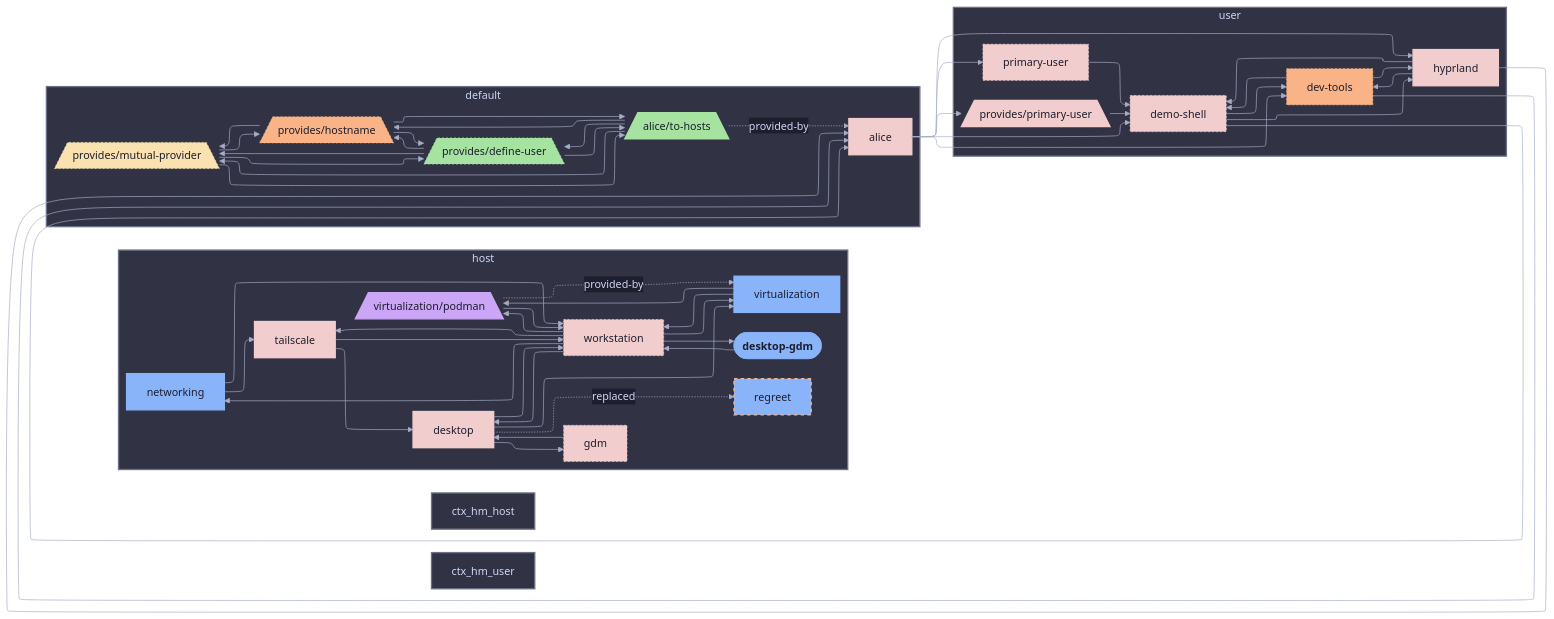
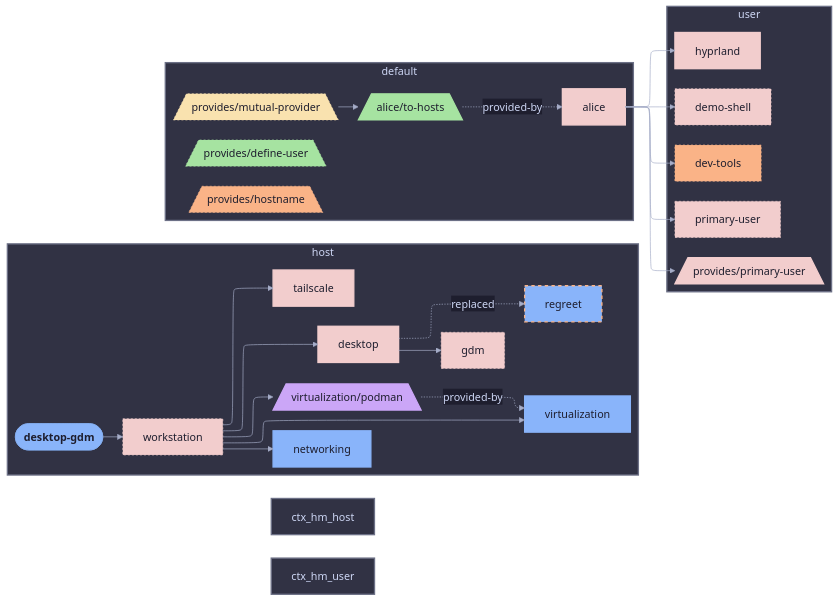
The diagram in templates/diag-fx-demo/diagrams/desktop-gdm-has-aspect-hm.md (sini/den), drawn with Mermaid before and after one commit. The commit also changed 849 other files, not shown here.

Commit message:
chore: update fx diagrams

```diff
--- a/templates/diag-fx-demo/diagrams/desktop-gdm-has-aspect-hm.md
+++ b/templates/diag-fx-demo/diagrams/desktop-gdm-has-aspect-hm.md
@@ -17,20 +17,9 @@
   virtualization["virtualization"]:::virtualization_c
   workstation["workstation"]:::workstation_c
   desktop --> gdm
-  desktop --> workstation
   desktop -.->|replaced| regreet
-  desktop --> virtualization
   desktop_gdm --> workstation
-  gdm --> desktop
-  networking --> workstation
-  tailscale --> workstation
-  virtualization --> workstation
-  virtualization__podman --> workstation
-  networking --> tailscale
-  tailscale --> desktop
-  virtualization --> virtualization__podman
   workstation --> desktop
-  workstation --> desktop_gdm
   workstation --> networking
   workstation --> virtualization__podman
   workstation --> tailscale
@@ -42,18 +31,7 @@
   den__provides__hostname[/"provides/hostname"\]:::den__provides__hostname_c
   den__provides__mutual_provider[/"provides/mutual-provider"\]:::den__provides__mutual_provider_c
   alice__to_hosts[/"alice/to-hosts"\]:::alice__to_hosts_c
-  alice__to_hosts --> den__provides__define_user
-  alice__to_hosts --> den__provides__hostname
-  alice__to_hosts --> den__provides__mutual_provider
-  den__provides__mutual_provider --> den__provides__define_user
-  den__provides__mutual_provider --> den__provides__hostname
   den__provides__mutual_provider --> alice__to_hosts
-  den__provides__hostname --> den__provides__define_user
-  den__provides__define_user --> den__provides__hostname
-  den__provides__define_user --> den__provides__mutual_provider
-  den__provides__hostname --> den__provides__mutual_provider
-  den__provides__define_user --> alice__to_hosts
-  den__provides__hostname --> alice__to_hosts
   alice__to_hosts -.->|provided-by| alice
   end
   subgraph ctx_user["user"]
@@ -68,17 +46,6 @@
   alice --> hyprland
   alice --> primary_user
   alice --> den__provides__primary_user
-  demo_shell --> hyprland
-  demo_shell --> alice
-  demo_shell --> dev_tools
-  den__provides__primary_user --> demo_shell
-  dev_tools --> alice
-  dev_tools --> demo_shell
-  dev_tools --> hyprland
-  hyprland --> dev_tools
-  hyprland --> alice
-  hyprland --> demo_shell
-  primary_user --> demo_shell
   end
 
 
@@ -87,7 +54,7 @@
   classDef den__provides__define_user_c fill:#a6e3a1,stroke:#a6e3a1,color:#1e1e2e,stroke-dasharray: 3 3,stroke-width:1px
   classDef demo_shell_c fill:#f2cdcd,stroke:#f2cdcd,color:#1e1e2e,stroke-dasharray: 3 3,stroke-width:1px
   classDef desktop_c fill:#f2cdcd,stroke:#f2cdcd,color:#1e1e2e,stroke-width:2px
-  classDef desktop_gdm_c fill:#f2cdcd,stroke:#f2cdcd,color:#1e1e2e,stroke-width:3px
+  classDef desktop_gdm_c fill:#f2cdcd,stroke:#f2cdcd,color:#1e1e2e,stroke-width:2px
   classDef dev_tools_c fill:#fab387,stroke:#fab387,color:#1e1e2e,stroke-dasharray: 3 3,stroke-width:1px
   classDef gdm_c fill:#f2cdcd,stroke:#f2cdcd,color:#1e1e2e,stroke-dasharray: 3 3,stroke-width:1px
   classDef den__provides__hostname_c fill:#fab387,stroke:#fab387,color:#1e1e2e,stroke-dasharray: 3 3,stroke-width:1px
```
